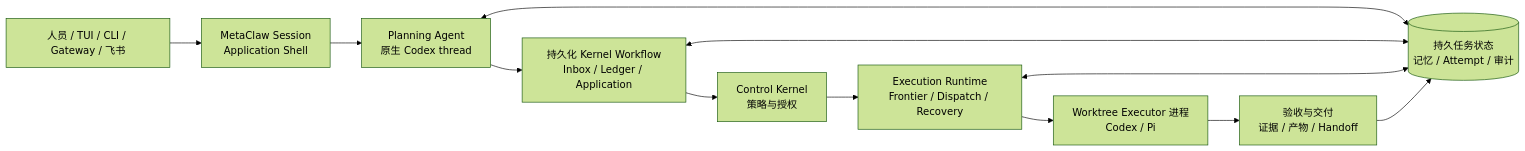
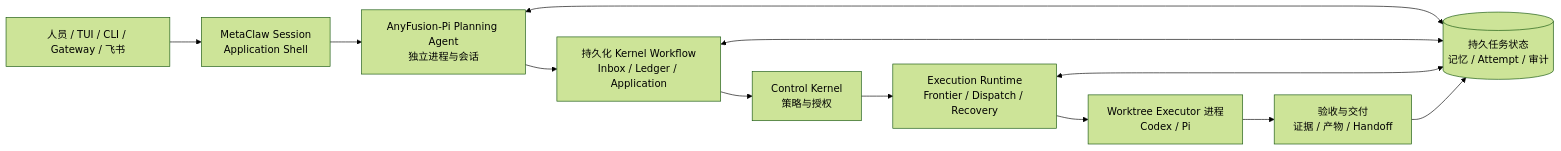
Before and after one commit to IFOSR/metawork: the diagram in README.zh-CN.md, drawn with Mermaid (forest theme). The commit also changed other lines of this file and 3 other files, not shown here.

Commit message:
feat: update AnyFusion-Pi planning agent path and add native extension configuration

````diff
--- a/README.zh-CN.md
+++ b/README.zh-CN.md
@@ -57,16 +57,16 @@
 ```mermaid
 flowchart LR
   Intake[人员 / TUI / CLI / Gateway / 飞书] --> Session[MetaClaw Session<br/>Application Shell]
-  Session --> Planning[Planning Agent<br/>原生 Codex thread]
+  Session --> Planning[AnyFusion-Pi Planning Agent<br/>独立进程与会话]
   Planning --> Workflow[持久化 Kernel Workflow<br/>Inbox / Ledger / Application]
   Workflow --> Kernel[Control Kernel<br/>策略与授权]
   Kernel --> Runtime[Execution Runtime<br/>Frontier / Dispatch / Recovery]
   Runtime --> Agents[Worktree Executor 进程<br/>Codex / Pi]
   Agents --> Verify[验收与交付<br/>证据 / 产物 / Handoff]
 
   State[(持久任务状态<br/>记忆 / Attempt / 审计)]
   Planning <--> State
   Workflow <--> State
   Runtime <--> State
   Verify --> State
 ```
````
